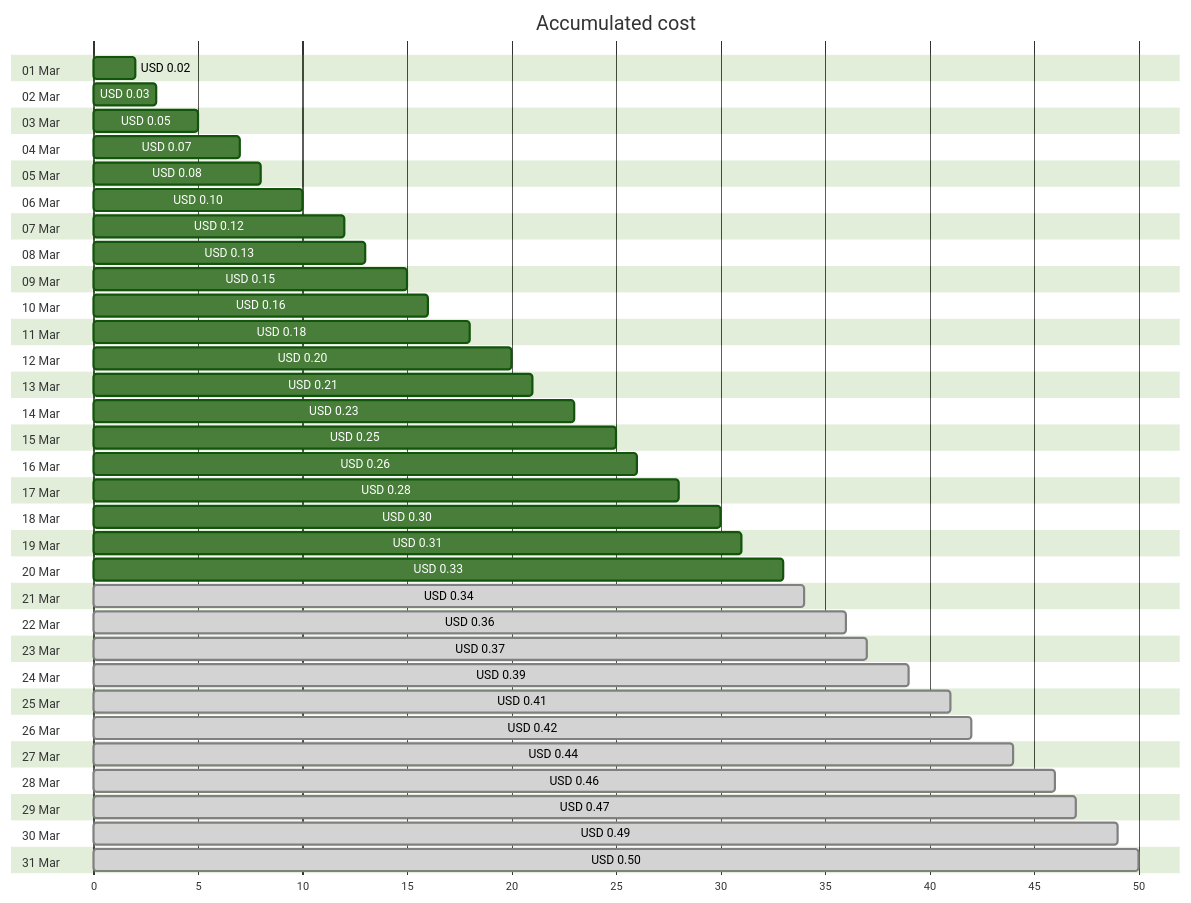
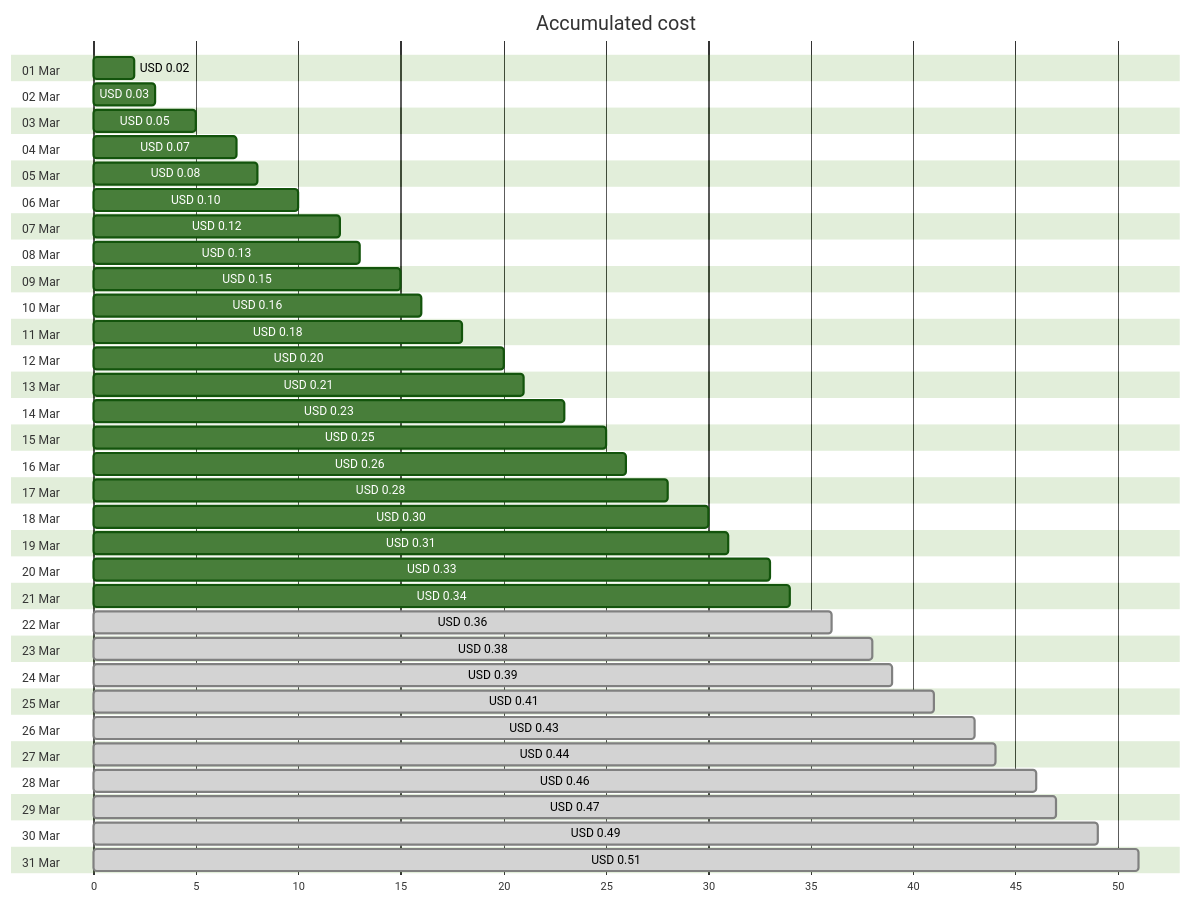
The first of 4 diagrams in cost-reports/personal-dns/jpatrickfulton.com.md (jpfulton/azure-personal-reports), drawn with Mermaid (forest theme) before and after one commit. The commit also changed other lines of this file and 2 other files, not shown here.

````diff
--- a/cost-reports/personal-dns/jpatrickfulton.com.md
+++ b/cost-reports/personal-dns/jpatrickfulton.com.md
@@ -20,68 +20,68 @@
 ```mermaid
 gantt
    title Accumulated cost
    dateFormat  X
    axisFormat %s
    section 01 Mar
    USD 0.02 :0, 2
    section 02 Mar
    USD 0.03 :0, 3
    section 03 Mar
    USD 0.05 :0, 5
    section 04 Mar
    USD 0.07 :0, 7
    section 05 Mar
    USD 0.08 :0, 8
    section 06 Mar
    USD 0.10 :0, 10
    section 07 Mar
    USD 0.12 :0, 12
    section 08 Mar
    USD 0.13 :0, 13
    section 09 Mar
    USD 0.15 :0, 15
    section 10 Mar
    USD 0.16 :0, 16
    section 11 Mar
    USD 0.18 :0, 18
    section 12 Mar
    USD 0.20 :0, 20
    section 13 Mar
    USD 0.21 :0, 21
    section 14 Mar
    USD 0.23 :0, 23
    section 15 Mar
    USD 0.25 :0, 25
    section 16 Mar
    USD 0.26 :0, 26
    section 17 Mar
    USD 0.28 :0, 28
    section 18 Mar
    USD 0.30 :0, 30
    section 19 Mar
    USD 0.31 :0, 31
    section 20 Mar
    USD 0.33 :0, 33
    section 21 Mar
-   USD 0.34 : done, 0, 34
+   USD 0.34 :0, 34
    section 22 Mar
    USD 0.36 : done, 0, 36
    section 23 Mar
-   USD 0.37 : done, 0, 37
+   USD 0.38 : done, 0, 38
    section 24 Mar
    USD 0.39 : done, 0, 39
    section 25 Mar
    USD 0.41 : done, 0, 41
    section 26 Mar
-   USD 0.42 : done, 0, 42
+   USD 0.43 : done, 0, 43
    section 27 Mar
    USD 0.44 : done, 0, 44
    section 28 Mar
    USD 0.46 : done, 0, 46
    section 29 Mar
    USD 0.47 : done, 0, 47
    section 30 Mar
    USD 0.49 : done, 0, 49
    section 31 Mar
-   USD 0.50 : done, 0, 50
+   USD 0.51 : done, 0, 51
 ```
````
